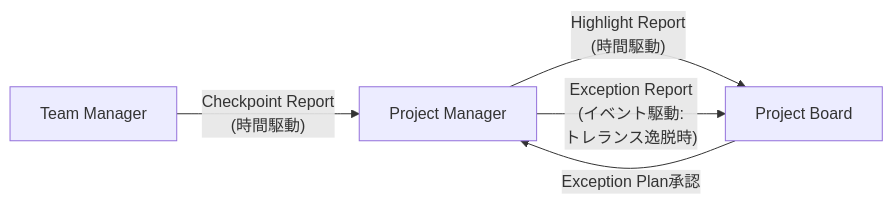
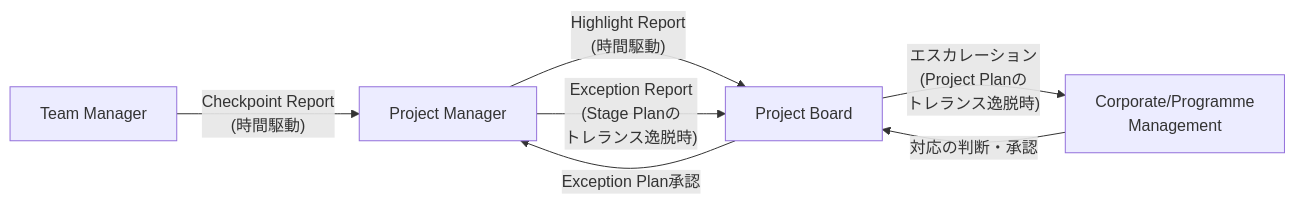
The eighth of 13 diagrams in Prince2-7-practitioner-guide.md (myoshi2891/Management-Team-Building-Studies), drawn with Mermaid before and after one commit. The commit also changed other lines of this file, not shown here.

Commit message:
docs(prince2): clarify project-level tolerance exception escalation to corporate management in v7 practitioner guide

````diff
--- a/Prince2-7-practitioner-guide.md
+++ b/Prince2-7-practitioner-guide.md
@@ -557,7 +557,9 @@
 ```mermaid
 flowchart LR
     TM["Team Manager"] -->|"Checkpoint Report<br/>(時間駆動)"| PM["Project Manager"]
     PM -->|"Highlight Report<br/>(時間駆動)"| PB["Project Board"]
-    PM -->|"Exception Report<br/>(イベント駆動:<br/>トレランス逸脱時)"| PB
+    PM -->|"Exception Report<br/>(Stage Planの<br/>トレランス逸脱時)"| PB
     PB -->|"Exception Plan承認"| PM
+    PB -->|"エスカレーション<br/>(Project Planの<br/>トレランス逸脱時)"| COR["Corporate/Programme<br/>Management"]
+    COR -->|"対応の判断・承認"| PB
 ```
````
